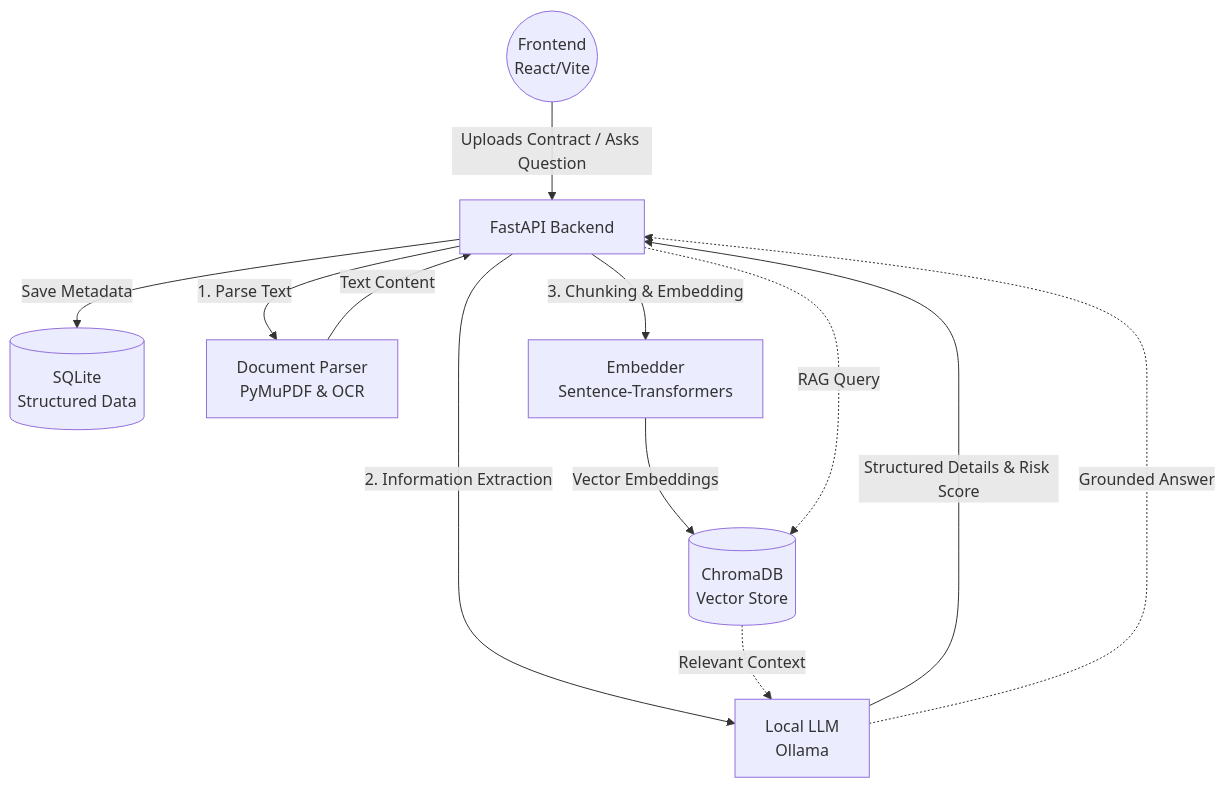
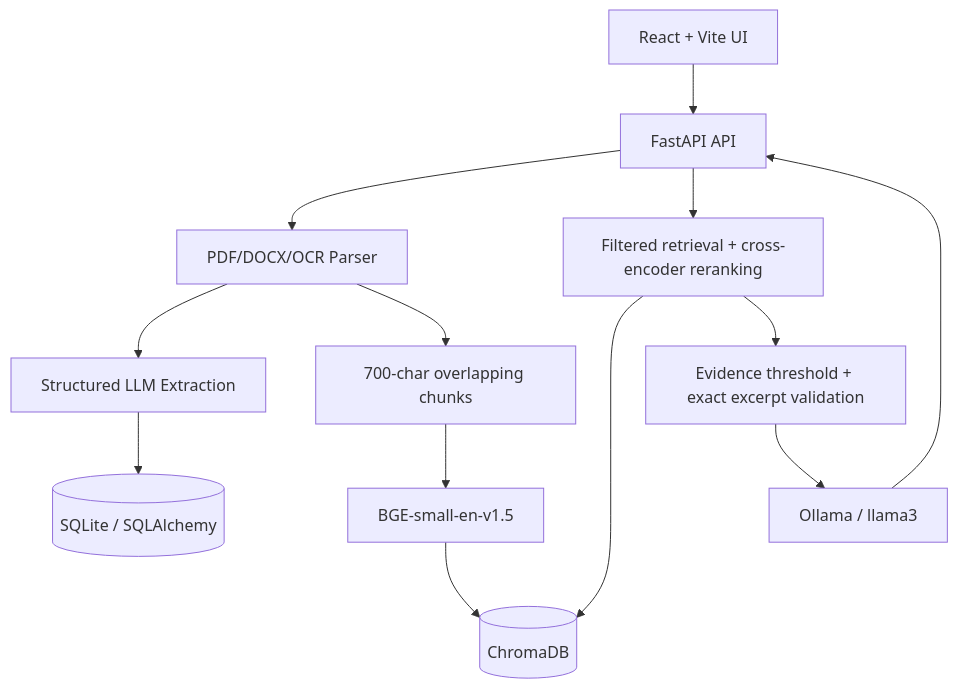
Before and after one commit to nnehhaa/ProcureSense: the diagram in README.md, drawn with Mermaid. The commit also changed other lines of this file and 63 other files, not shown here.

````diff
--- a/README.md
+++ b/README.md
@@ -15,35 +19,15 @@
 ```mermaid
 graph TD
-    %% Frontend
-    Client((Frontend<br>React/Vite))
-    
-    %% API
-    API[FastAPI Backend]
-    
-    %% Database
-    SQL[(SQLite<br>Structured Data)]
-    Chroma[(ChromaDB<br>Vector Store)]
-    
-    %% ML/AI Pipeline
-    Parser[Document Parser<br>PyMuPDF & OCR]
-    LLM[Local LLM<br>Ollama]
-    Embedder[Embedder<br>Sentence-Transformers]
-    
-    %% Flow
-    Client -- Uploads Contract / Asks Question --> API
-    
-    API -- 1. Parse Text --> Parser
-    Parser -- Text Content --> API
-    
-    API -- 2. Information Extraction --> LLM
-    LLM -- Structured Details & Risk Score --> API
-    API -- Save Metadata --> SQL
-    
-    API -- 3. Chunking & Embedding --> Embedder
-    Embedder -- Vector Embeddings --> Chroma
-    
-    %% RAG Flow
-    API -. RAG Query .-> Chroma
-    Chroma -. Relevant Context .-> LLM
-    LLM -. Grounded Answer .-> API
+    UI[React + Vite UI] --> API[FastAPI API]
+    API --> Parser[PDF/DOCX/OCR Parser]
+    Parser --> Extractor[Structured LLM Extraction]
+    Extractor --> SQL[(SQLite / SQLAlchemy)]
+    Parser --> Chunker[700-char overlapping chunks]
+    Chunker --> Embedder[BGE-small-en-v1.5]
+    Embedder --> Chroma[(ChromaDB)]
+    API --> Retriever[Filtered retrieval + cross-encoder reranking]
+    Retriever --> Chroma
+    Retriever --> Gate[Evidence threshold + exact excerpt validation]
+    Gate --> LLM[Ollama / llama3]
+    LLM --> API
 ```
````
